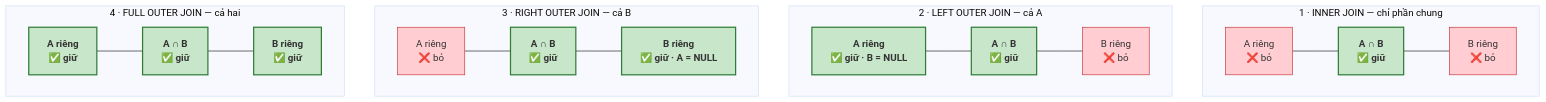
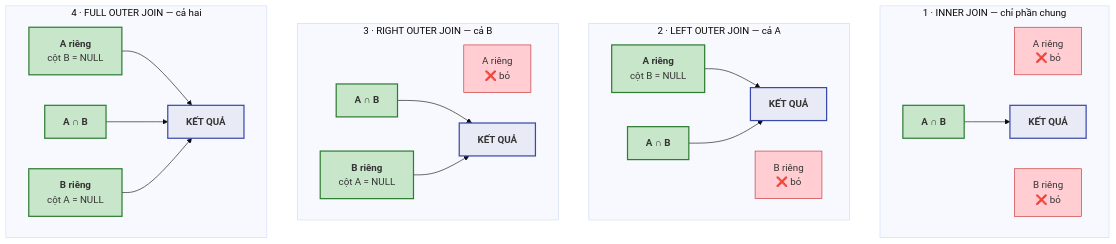
The first of 3 diagrams in docs/cap-3-sql/25-join.md (hungnguyen010518/database-tu-a-z), drawn with Mermaid (base theme) before and after one commit. The commit also changed other lines of this file and 6 other files, not shown here.

````diff
--- a/docs/cap-3-sql/25-join.md
+++ b/docs/cap-3-sql/25-join.md
@@ -97,47 +97,55 @@
 ```mermaid
 flowchart TB
     subgraph I["1 · INNER JOIN — chỉ phần chung"]
         direction LR
         I1["A riêng<br/>❌ bỏ"]
-        I2["<b>A ∩ B<br/>✅ giữ</b>"]
+        I2["<b>A ∩ B</b>"]
         I3["B riêng<br/>❌ bỏ"]
-        I1 --- I2 --- I3
+        I2 --> IR["<b>KẾT QUẢ</b>"]
     end
 
     subgraph L["2 · LEFT OUTER JOIN — cả A"]
         direction LR
-        L1["<b>A riêng<br/>✅ giữ · B = NULL</b>"]
-        L2["<b>A ∩ B<br/>✅ giữ</b>"]
+        L1["<b>A riêng</b><br/>cột B = NULL"]
+        L2["<b>A ∩ B</b>"]
         L3["B riêng<br/>❌ bỏ"]
-        L1 --- L2 --- L3
+        L1 --> LR2["<b>KẾT QUẢ</b>"]
+        L2 --> LR2
     end
 
     subgraph R["3 · RIGHT OUTER JOIN — cả B"]
         direction LR
         R1["A riêng<br/>❌ bỏ"]
-        R2["<b>A ∩ B<br/>✅ giữ</b>"]
-        R3["<b>B riêng<br/>✅ giữ · A = NULL</b>"]
-        R1 --- R2 --- R3
+        R2["<b>A ∩ B</b>"]
+        R3["<b>B riêng</b><br/>cột A = NULL"]
+        R2 --> RR["<b>KẾT QUẢ</b>"]
+        R3 --> RR
     end
 
     subgraph F["4 · FULL OUTER JOIN — cả hai"]
         direction LR
-        F1["<b>A riêng<br/>✅ giữ</b>"]
-        F2["<b>A ∩ B<br/>✅ giữ</b>"]
-        F3["<b>B riêng<br/>✅ giữ</b>"]
-        F1 --- F2 --- F3
+        F1["<b>A riêng</b><br/>cột B = NULL"]
+        F2["<b>A ∩ B</b>"]
+        F3["<b>B riêng</b><br/>cột A = NULL"]
+        F1 --> FR["<b>KẾT QUẢ</b>"]
+        F2 --> FR
+        F3 --> FR
     end
 
     style I2 fill:#c8e6c9,stroke:#2e7d32,stroke-width:2px
     style L1 fill:#c8e6c9,stroke:#2e7d32,stroke-width:2px
     style L2 fill:#c8e6c9,stroke:#2e7d32,stroke-width:2px
     style R2 fill:#c8e6c9,stroke:#2e7d32,stroke-width:2px
     style R3 fill:#c8e6c9,stroke:#2e7d32,stroke-width:2px
     style F1 fill:#c8e6c9,stroke:#2e7d32,stroke-width:2px
     style F2 fill:#c8e6c9,stroke:#2e7d32,stroke-width:2px
     style F3 fill:#c8e6c9,stroke:#2e7d32,stroke-width:2px
     style I1 fill:#ffcdd2,stroke:#c62828
     style I3 fill:#ffcdd2,stroke:#c62828
     style L3 fill:#ffcdd2,stroke:#c62828
     style R1 fill:#ffcdd2,stroke:#c62828
+    style IR fill:#e8eaf6,stroke:#3949ab,stroke-width:2px
+    style LR2 fill:#e8eaf6,stroke:#3949ab,stroke-width:2px
+    style RR fill:#e8eaf6,stroke:#3949ab,stroke-width:2px
+    style FR fill:#e8eaf6,stroke:#3949ab,stroke-width:2px
 ```
````
